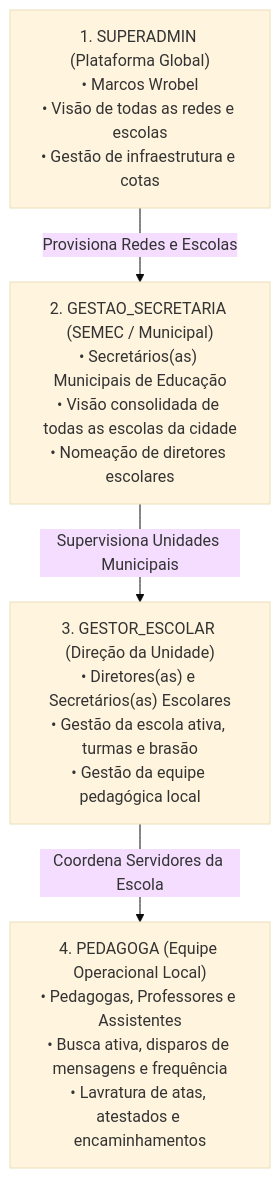
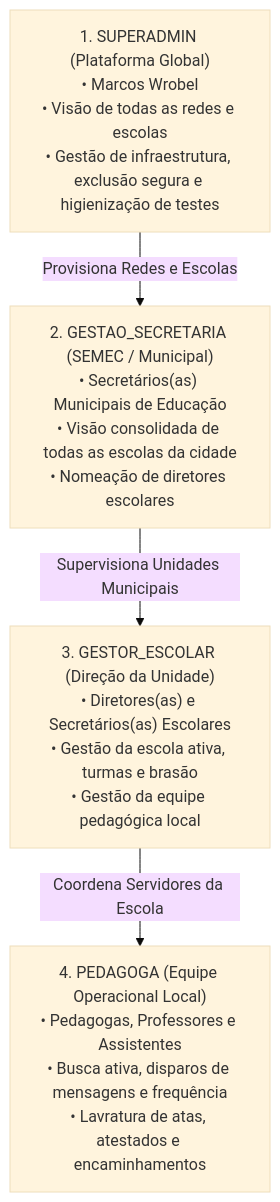
The second of 2 diagrams in ARQUITETURA.md (MarcosWrobel/rede-ativa), drawn with Mermaid (base theme) before and after one commit. The commit also changed other lines of this file and 6 other files, not shown here.

````diff
--- a/ARQUITETURA.md
+++ b/ARQUITETURA.md
@@ -73,11 +77,11 @@
 ```mermaid
 flowchart TD
-    L1["1. SUPERADMIN (Plataforma Global)<br>• Marcos Wrobel<br>• Visão de todas as redes e escolas<br>• Gestão de infraestrutura e cotas"]
+    L1["1. SUPERADMIN (Plataforma Global)<br>• Marcos Wrobel<br>• Visão de todas as redes e escolas<br>• Gestão de infraestrutura, exclusão segura e higienização de testes"]
     L2["2. GESTAO_SECRETARIA (SEMEC / Municipal)<br>• Secretários(as) Municipais de Educação<br>• Visão consolidada de todas as escolas da cidade<br>• Nomeação de diretores escolares"]
     L3["3. GESTOR_ESCOLAR (Direção da Unidade)<br>• Diretores(as) e Secretários(as) Escolares<br>• Gestão da escola ativa, turmas e brasão<br>• Gestão da equipe pedagógica local"]
     L4["4. PEDAGOGA (Equipe Operacional Local)<br>• Pedagogas, Professores e Assistentes<br>• Busca ativa, disparos de mensagens e frequência<br>• Lavratura de atas, atestados e encaminhamentos"]
 
     L1 -->|Provisiona Redes e Escolas| L2
     L2 -->|Supervisiona Unidades Municipais| L3
     L3 -->|Coordena Servidores da Escola| L4
 ```
````
